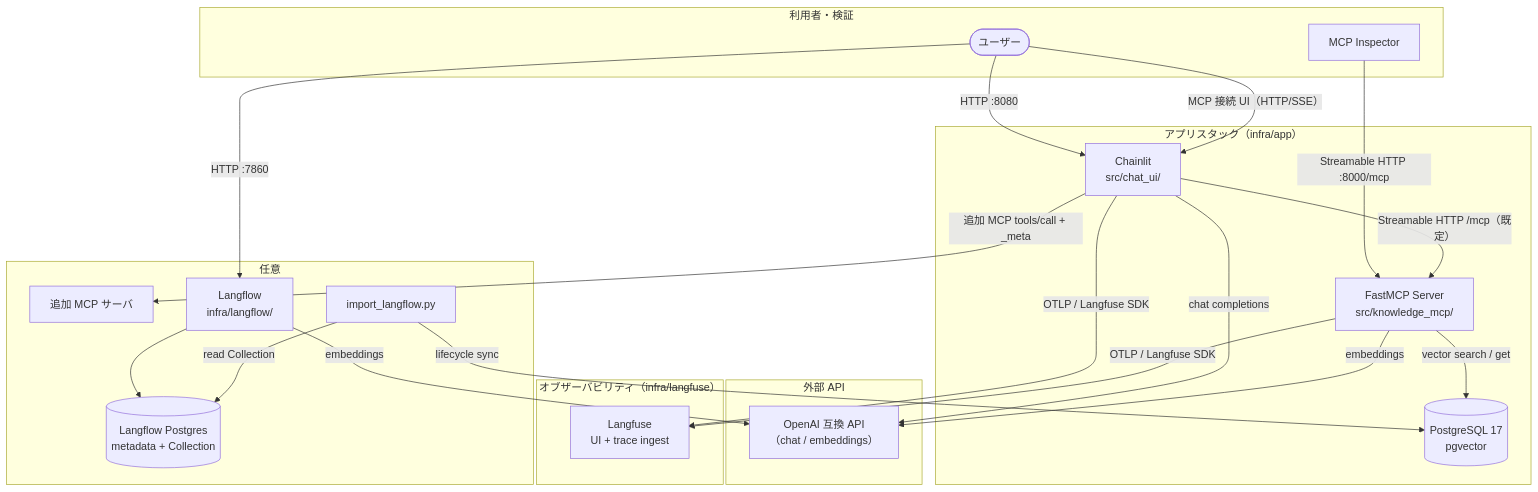
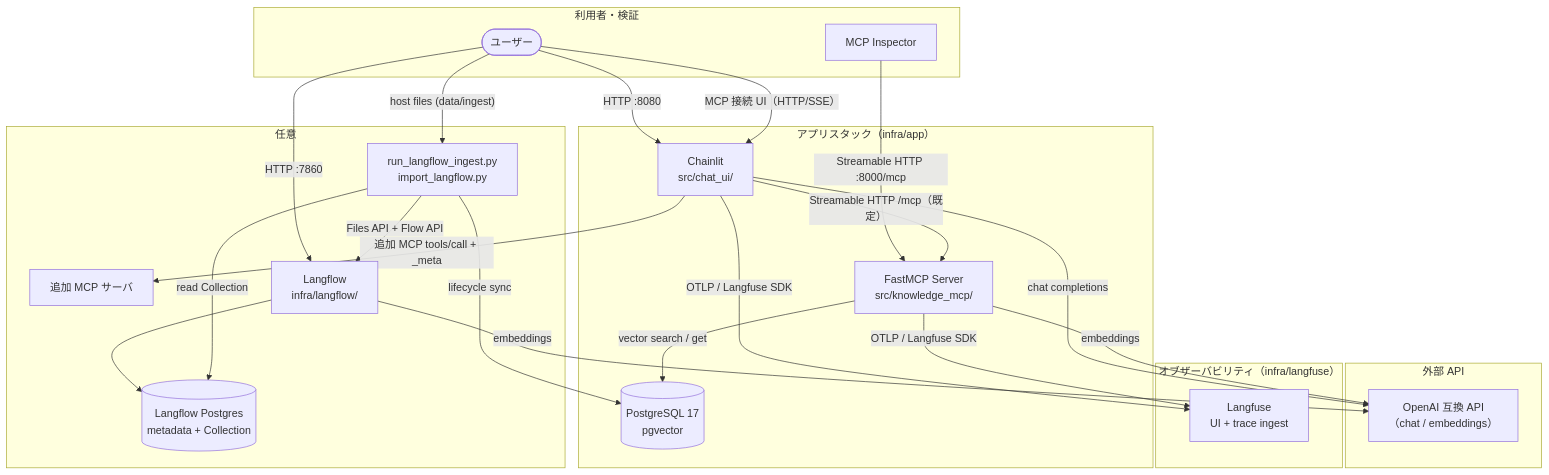
The first of 2 diagrams in docs/current/architecture.md (s-kodani/template-ai-coding), drawn with Mermaid before and after one commit. The commit also changed other lines of this file and 23 other files, not shown here.

````diff
--- a/docs/current/architecture.md
+++ b/docs/current/architecture.md
@@ -24,44 +24,46 @@
 ```mermaid
 flowchart TB
     subgraph users["利用者・検証"]
         User([ユーザー])
         Inspector[MCP Inspector]
     end
 
     subgraph app["アプリスタック（infra/app）"]
         Chainlit["Chainlit<br/>src/chat_ui/"]
         MCP["FastMCP Server<br/>src/knowledge_mcp/"]
         PG[("PostgreSQL 17<br/>pgvector")]
     end
 
     subgraph external["外部 API"]
         LLM["OpenAI 互換 API<br/>（chat / embeddings）"]
     end
 
     subgraph observability["オブザーバビリティ（infra/langfuse）"]
         Langfuse["Langfuse<br/>UI + trace ingest"]
     end
 
     subgraph optional["任意"]
         ExtraMCP[追加 MCP サーバ]
         Langflow["Langflow<br/>infra/langflow/"]
         LFPG[("Langflow Postgres<br/>metadata + Collection")]
-        Adapter["import_langflow.py"]
+        Adapter["run_langflow_ingest.py\nimport_langflow.py"]
     end
 
     User -->|HTTP :8080| Chainlit
     User -->|HTTP :7860| Langflow
+    User -->|"host files (data/ingest)"| Adapter
+    Adapter -->|"Files API + Flow API"| Langflow
     Langflow --> LFPG
     Langflow -->|embeddings| LLM
     Adapter -->|read Collection| LFPG
     Adapter -->|lifecycle sync| PG
     User -->|"MCP 接続 UI（HTTP/SSE）"| Chainlit
     Inspector -->|"Streamable HTTP :8000/mcp"| MCP
     Chainlit -->|"Streamable HTTP /mcp（既定）"| MCP
     Chainlit -->|追加 MCP tools/call + _meta| ExtraMCP
     Chainlit -->|chat completions| LLM
     MCP -->|vector search / get| PG
     MCP -->|embeddings| LLM
     Chainlit -->|OTLP / Langfuse SDK| Langfuse
     MCP -->|OTLP / Langfuse SDK| Langfuse
 ```
````
